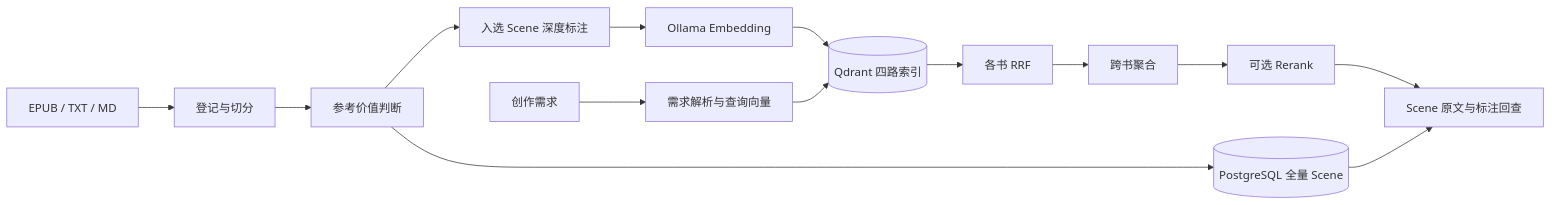
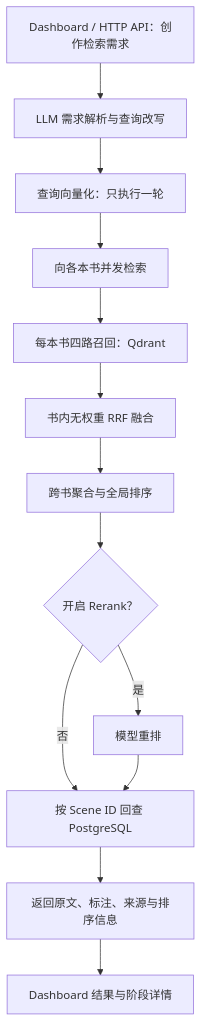
The second of 2 diagrams in README.md (a-big-fish/Novel-RAG), drawn with Mermaid before and after one commit. The commit also changed other lines of this file, not shown here.

Commit message:
docs(readme): add vertical architecture diagrams
将拆书索引与多书聚合检索拆成两张纵向 Mermaid 架构图，补充质量全筛、场景状态与按需重排说明。

````diff
--- a/README.md
+++ b/README.md
@@ -74,16 +93,15 @@
 ```mermaid
-flowchart LR
-    File[EPUB / TXT / MD] --> Ingest[登记与切分]
-    Ingest --> Eval[参考价值判断]
-    Eval --> PG[(PostgreSQL 全量 Scene)]
-    Eval --> Annotate[入选 Scene 深度标注]
-    Annotate --> Embed[Ollama Embedding]
-    Embed --> Q[(Qdrant 四路索引)]
-    Need[创作需求] --> Parse[需求解析与查询向量]
-    Parse --> Q
-    Q --> RRF[各书 RRF]
-    RRF --> Merge[跨书聚合]
-    Merge --> Rerank[可选 Rerank]
-    Rerank --> Result[Scene 原文与标注回查]
-    PG --> Result
+flowchart TB
+    Need["Dashboard / HTTP API：创作检索需求"] --> Parse["LLM 需求解析与查询改写"]
+    Parse --> Vector["查询向量化：只执行一轮"]
+    Vector --> Dispatch["向各本书并发检索"]
+    Dispatch --> Recall["每本书四路召回：Qdrant"]
+    Recall --> RRF["书内无权重 RRF 融合"]
+    RRF --> Merge["跨书聚合与全局排序"]
+    Merge --> Switch{"开启 Rerank？"}
+    Switch -- 是 --> Rerank["模型重排"]
+    Switch -- 否 --> Lookup["按 Scene ID 回查 PostgreSQL"]
+    Rerank --> Lookup
+    Lookup --> Result["返回原文、标注、来源与排序信息"]
+    Result --> Display["Dashboard 结果与阶段详情"]
 ```
````
